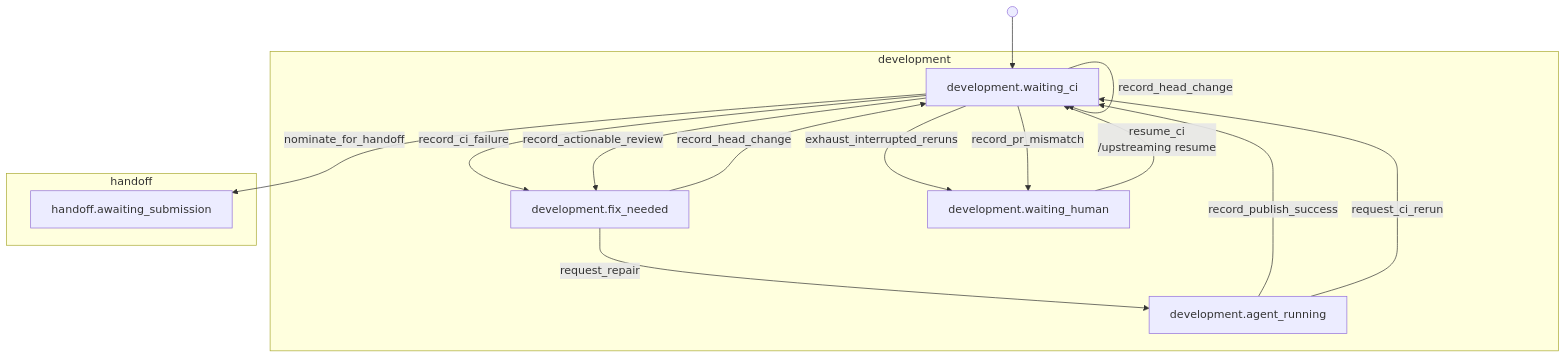
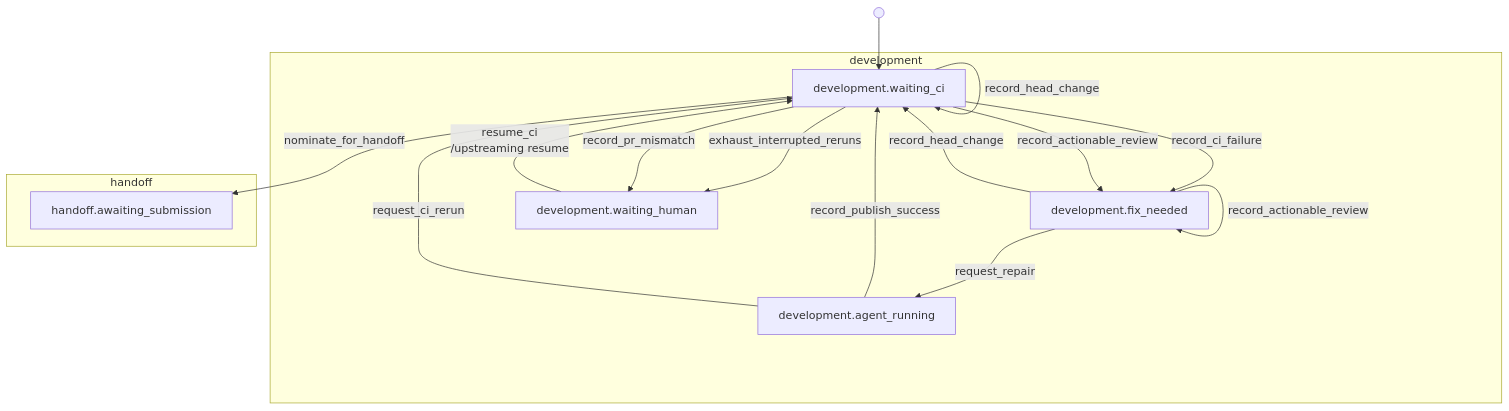
The ninth of 30 diagrams in docs/state-machine/index.md (riseproject-dev/porting-agent), drawn with Mermaid before and after one commit. The commit also changed other lines of this file and 13 other files, not shown here.

Commit message:
Record a review observed with a CI failure at the submission gate

````diff
--- a/docs/state-machine/index.md
+++ b/docs/state-machine/index.md
@@ -339,27 +340,28 @@
 ```mermaid
 flowchart TB
     subgraph development["development"]
         development_waiting_ci["development.waiting_ci"]
         development_fix_needed["development.fix_needed"]
         development_agent_running["development.agent_running"]
         development_waiting_human["development.waiting_human"]
     end
     subgraph handoff["handoff"]
         handoff_awaiting_submission["handoff.awaiting_submission"]
     end
 
     start_1(( )) --> development_waiting_ci
     development_waiting_ci -->|record_ci_failure| development_fix_needed
     development_waiting_ci -->|record_actionable_review| development_fix_needed
+    development_fix_needed -->|record_actionable_review| development_fix_needed
     development_waiting_ci -->|record_explanation| development_waiting_ci
     development_fix_needed -->|request_repair| development_agent_running
     development_agent_running -->|record_publish_success| development_waiting_ci
     development_agent_running -->|request_ci_rerun| development_waiting_ci
     development_waiting_ci -->|nominate_for_handoff| handoff_awaiting_submission
     development_waiting_ci -->|rerun_interrupted_ci| development_waiting_ci
     development_waiting_ci -->|exhaust_interrupted_reruns| development_waiting_human
     development_waiting_human -->|resume_ci<br/>/upstreaming resume| development_waiting_ci
     development_waiting_ci -->|record_head_change| development_waiting_ci
     development_fix_needed -->|record_head_change| development_waiting_ci
     development_waiting_ci -->|record_pr_mismatch| development_waiting_human
 ```
````
